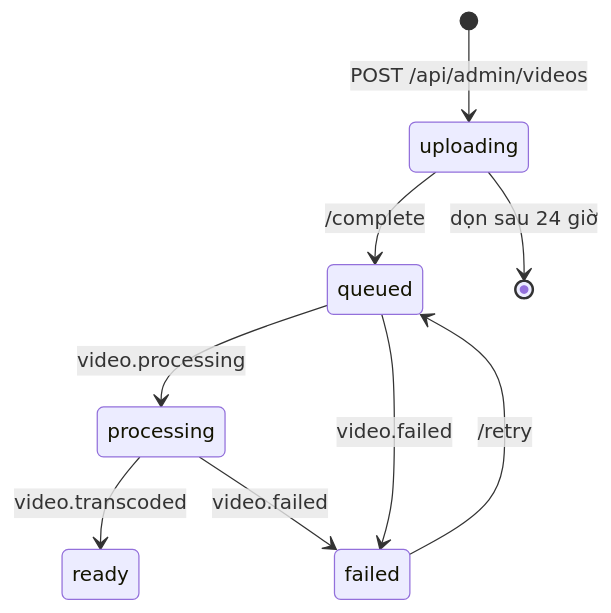
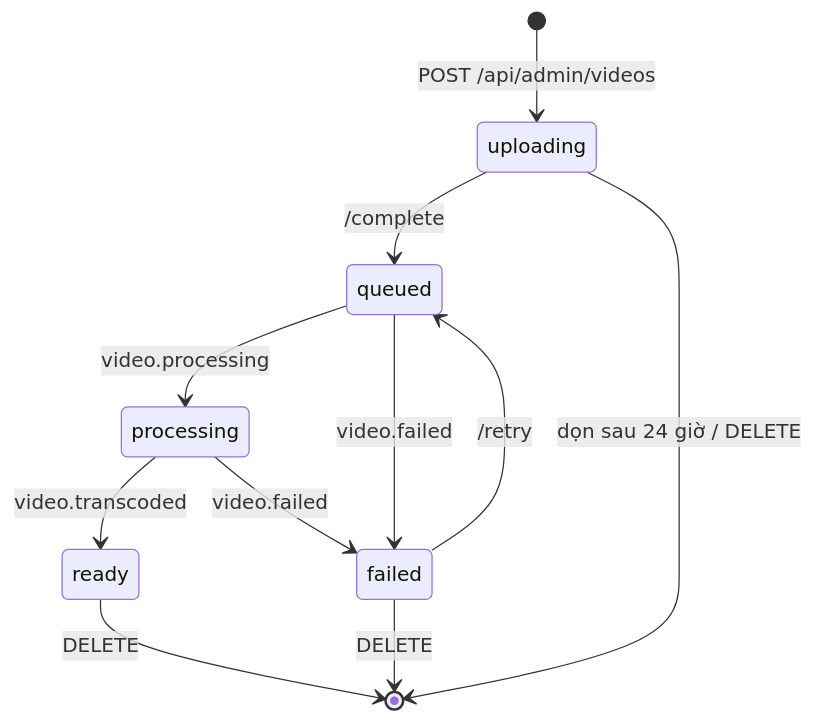
Before and after one commit to doba202/streaming-vod: the diagram in docs/data-model.md, drawn with Mermaid. The commit also changed other lines of this file and 4 other files, not shown here.

Commit message:
docs: admin API (PATCH/DELETE), M7 flows, data model migrations, ADRs 0019-0020

````diff
--- a/docs/data-model.md
+++ b/docs/data-model.md
@@ -42,11 +51,13 @@
 ```mermaid
 stateDiagram-v2
   [*] --> uploading: POST /api/admin/videos
   uploading --> queued: /complete
   queued --> processing: video.processing
   processing --> ready: video.transcoded
   queued --> failed: video.failed
   processing --> failed: video.failed
   failed --> queued: /retry
-  uploading --> [*]: dọn sau 24 giờ
+  uploading --> [*]: dọn sau 24 giờ / DELETE
+  ready --> [*]: DELETE
+  failed --> [*]: DELETE
 ```
````
